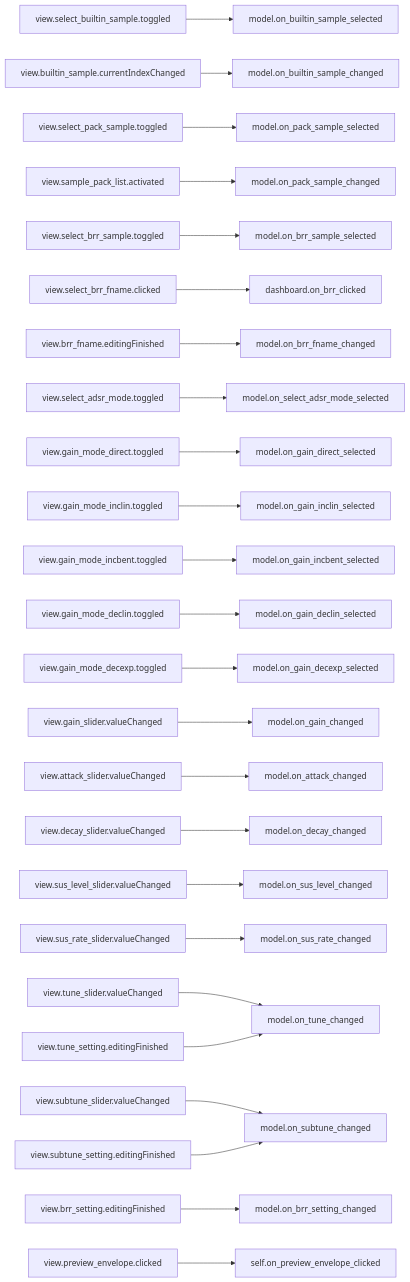
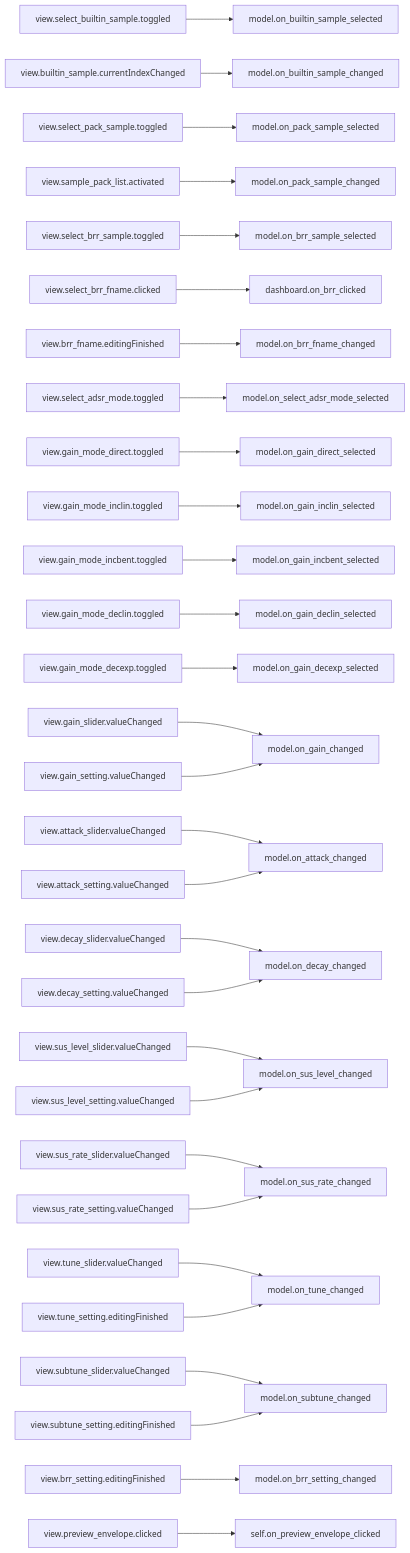
The seventh of 8 diagrams in doc/source/dashboard_signal_slot_map.rst (com-posers-pit/smw_music), drawn with Mermaid before and after one commit. The commit also changed 1 other file, not shown here.

Commit message:
Add missing ADSR+Gain setting controls
Now playing:
Rasengan by Turbo Knight

```diff
--- a/doc/source/dashboard_signal_slot_map.rst
+++ b/doc/source/dashboard_signal_slot_map.rst
@@ -130,27 +130,32 @@
 .. mermaid::
 
    flowchart LR
       view.select_builtin_sample.toggled --> model.on_builtin_sample_selected
       view.builtin_sample.currentIndexChanged --> model.on_builtin_sample_changed
       view.select_pack_sample.toggled --> model.on_pack_sample_selected
       view.sample_pack_list.activated --> model.on_pack_sample_changed
       view.select_brr_sample.toggled --> model.on_brr_sample_selected
       view.select_brr_fname.clicked --> dashboard.on_brr_clicked
       view.brr_fname.editingFinished --> model.on_brr_fname_changed
       view.select_adsr_mode.toggled --> model.on_select_adsr_mode_selected
       view.gain_mode_direct.toggled --> model.on_gain_direct_selected
       view.gain_mode_inclin.toggled --> model.on_gain_inclin_selected
       view.gain_mode_incbent.toggled --> model.on_gain_incbent_selected
       view.gain_mode_declin.toggled --> model.on_gain_declin_selected
       view.gain_mode_decexp.toggled --> model.on_gain_decexp_selected
       view.gain_slider.valueChanged --> model.on_gain_changed
+      view.gain_setting.valueChanged --> model.on_gain_changed
       view.attack_slider.valueChanged --> model.on_attack_changed
+      view.attack_setting.valueChanged --> model.on_attack_changed
       view.decay_slider.valueChanged --> model.on_decay_changed
+      view.decay_setting.valueChanged --> model.on_decay_changed
       view.sus_level_slider.valueChanged --> model.on_sus_level_changed
+      view.sus_level_setting.valueChanged --> model.on_sus_level_changed
       view.sus_rate_slider.valueChanged --> model.on_sus_rate_changed
+      view.sus_rate_setting.valueChanged --> model.on_sus_rate_changed
       view.tune_slider.valueChanged --> model.on_tune_changed
       view.tune_setting.editingFinished --> model.on_tune_changed
       view.subtune_slider.valueChanged --> model.on_subtune_changed
       view.subtune_setting.editingFinished --> model.on_subtune_changed
       view.brr_setting.editingFinished --> model.on_brr_setting_changed
       view.preview_envelope.clicked --> self.on_preview_envelope_clicked
```
